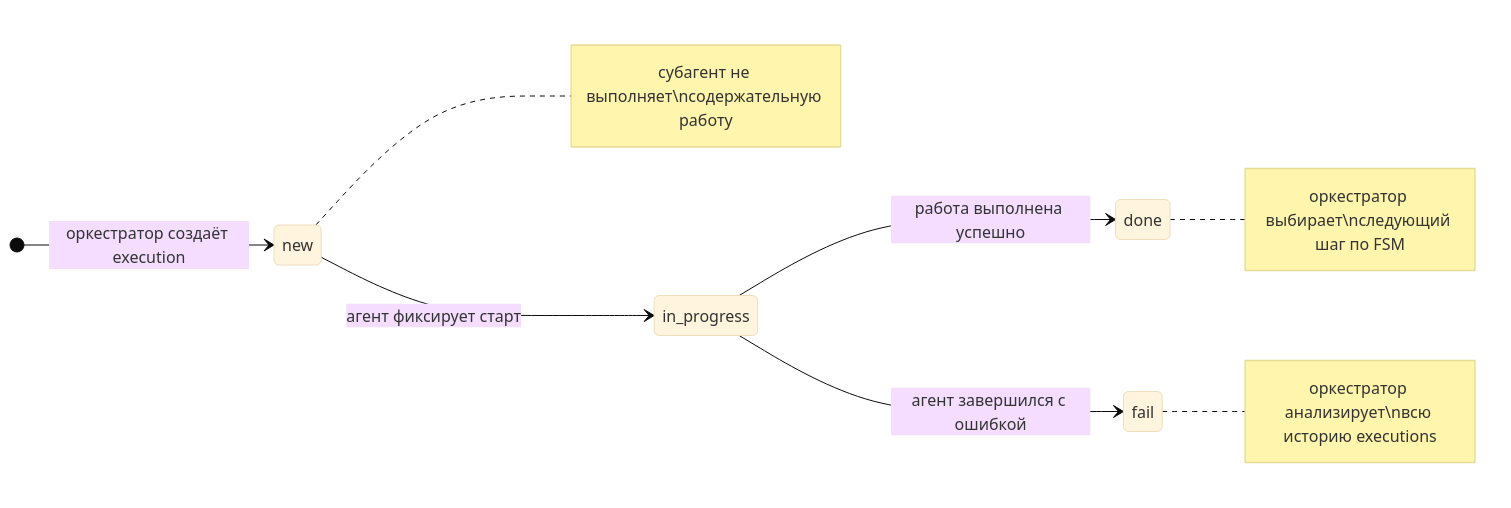
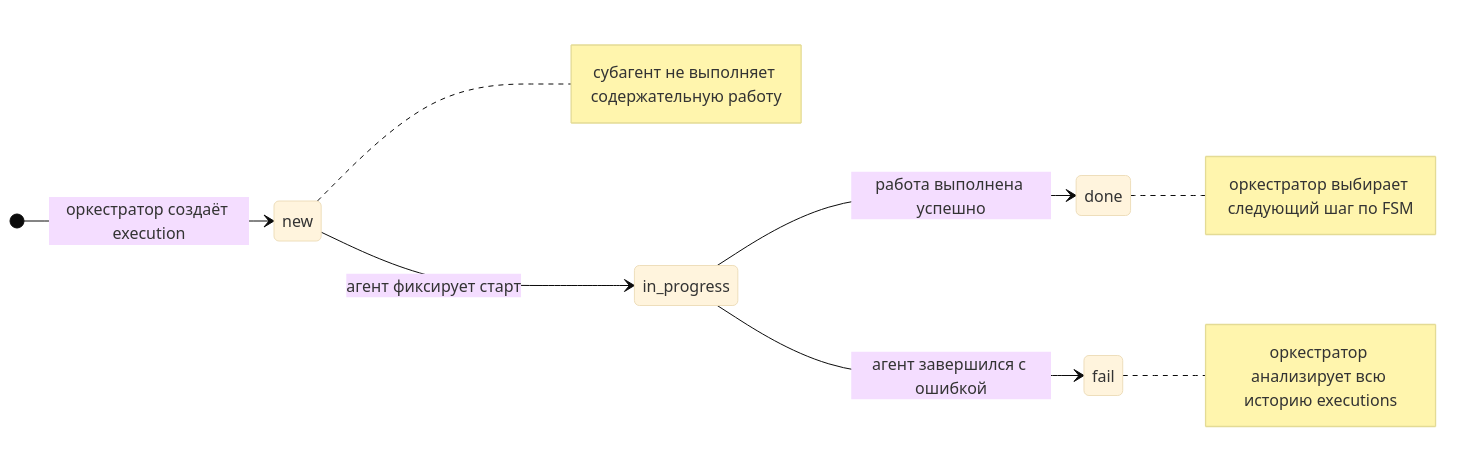
The second of 2 diagrams in README.md (denistv/cursor-agent-orchestrator), drawn with Mermaid (base theme) before and after one commit.

````diff
--- a/README.md
+++ b/README.md
@@ -58,12 +58,12 @@
 ```mermaid
 stateDiagram-v2
     direction LR
     [*] --> new : оркестратор создаёт execution
     new --> in_progress : агент фиксирует старт
     in_progress --> done : работа выполнена успешно
     in_progress --> fail : агент завершился с ошибкой
 
-    note right of new : субагент не выполняет\nсодержательную работу
-    note right of done : оркестратор выбирает\nследующий шаг по FSM
-    note right of fail : оркестратор анализирует\nвсю историю executions
+    note right of new : субагент не выполняет содержательную работу
+    note right of done : оркестратор выбирает следующий шаг по FSM
+    note right of fail : оркестратор анализирует всю историю executions
 ```
````
